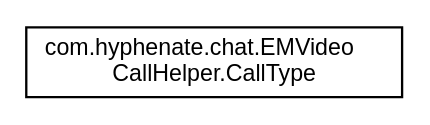
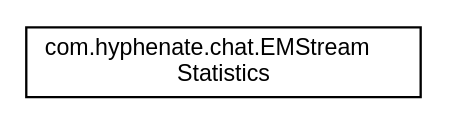
The diagram in static/apidoc/android/chat3.0/inherit_graph_59.dot (easemob/www.easemob.com), drawn with Graphviz before and after one commit. The commit also changed 284 other files, not shown here.

```diff
--- a/static/apidoc/android/chat3.0/inherit_graph_59.dot
+++ b/static/apidoc/android/chat3.0/inherit_graph_59.dot
@@ -1,7 +1,7 @@
 digraph "类继承关系图"
 {
   edge [fontname="Helvetica",fontsize="10",labelfontname="Helvetica",labelfontsize="10"];
   node [fontname="Helvetica",fontsize="10",shape=record];
   rankdir="LR";
-  Node1 [label="com.hyphenate.chat.EMVideo\lCallHelper.CallType",height=0.2,width=0.4,color="black", fillcolor="white", style="filled",URL="$enumcom_1_1hyphenate_1_1chat_1_1EMVideoCallHelper_1_1CallType.html"];
+  Node1 [label="com.hyphenate.chat.EMStream\lStatistics",height=0.2,width=0.4,color="black", fillcolor="white", style="filled",URL="$classcom_1_1hyphenate_1_1chat_1_1EMStreamStatistics.html"];
 }
```
